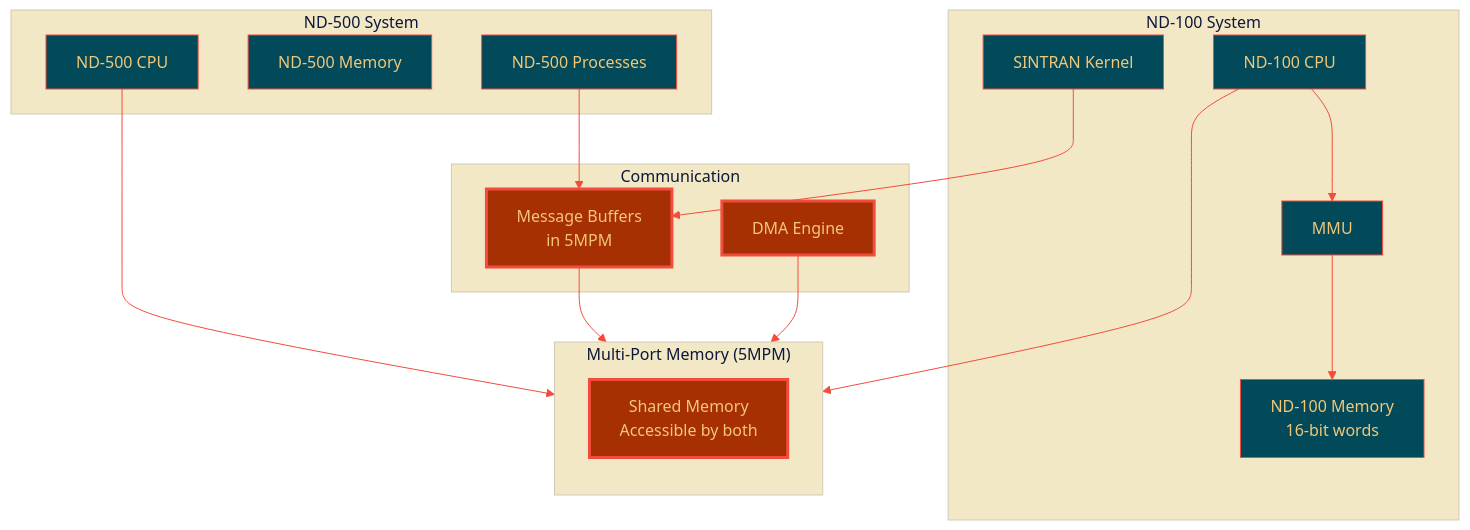
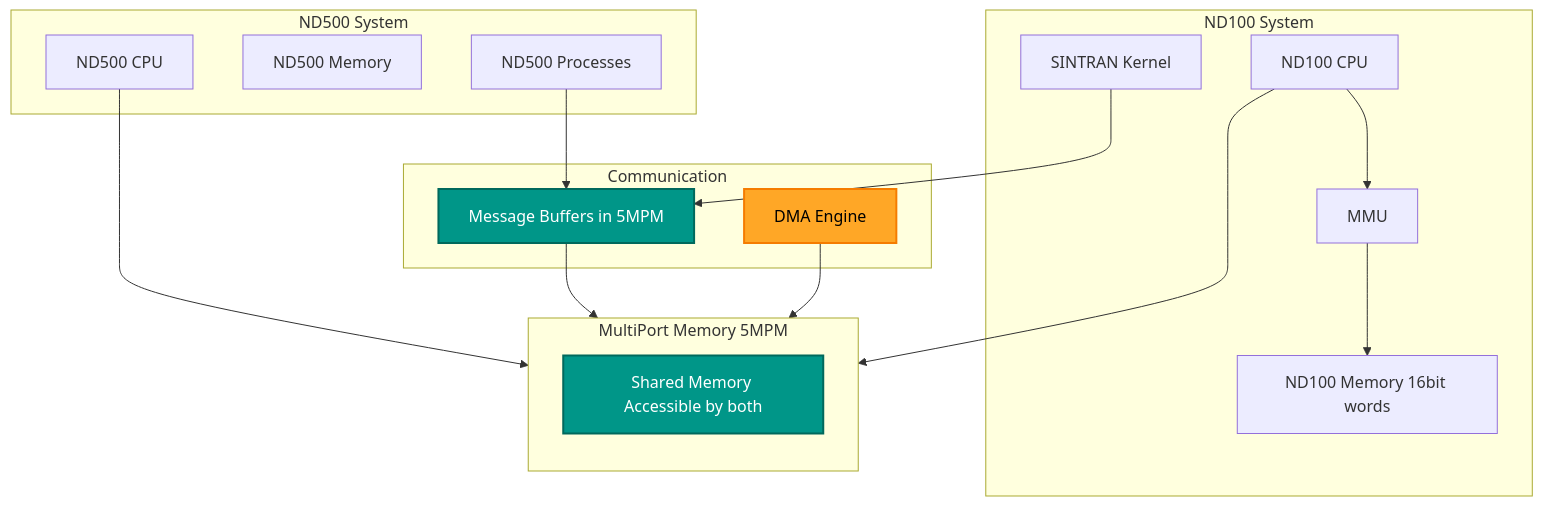
One commit to HackerCorpLabs/NDInsight changed the first of 7 diagrams in SINTRAN/OS/05-ND500-DMA-KERNEL.md. Above: the diagram before and after it, drawn with Mermaid. The commit also changed other lines of this file and 19 other files, not shown here.

Commit message:
Updated Mermaid diagrams

````diff
--- a/SINTRAN/OS/05-ND500-DMA-KERNEL.md
+++ b/SINTRAN/OS/05-ND500-DMA-KERNEL.md
@@ -36,39 +36,38 @@
 ```mermaid
-%%{init: {'theme':'base', 'themeVariables': {'primaryColor':'#024959','primaryTextColor':'#F2C777','primaryBorderColor':'#F24C3D','lineColor':'#F24C3D','secondaryColor':'#A62F03','tertiaryColor':'#F2E8C6'}}}%%
 flowchart TB
-    subgraph ND100 ["ND-100 System"]
-        CPU[ND-100 CPU]
-        MEM[ND-100 Memory<br/>16-bit words]
+    subgraph ND100 [ND100 System]
+        CPU[ND100 CPU]
+        MEM[ND100 Memory 16bit words]
         MMUDB[MMU]
         KERNEL[SINTRAN Kernel]
     end
-    
-    subgraph MPM ["Multi-Port Memory (5MPM)"]
-        SHARED[Shared Memory<br/>Accessible by both]
+
+    subgraph MPM [MultiPort Memory 5MPM]
+        SHARED[Shared Memory Accessible by both]
         direction TB
     end
-    
-    subgraph ND500 ["ND-500 System"]
-        CPU5[ND-500 CPU]
-        MEM5[ND-500 Memory]
-        PROC5[ND-500 Processes]
+
+    subgraph ND500 [ND500 System]
+        CPU5[ND500 CPU]
+        MEM5[ND500 Memory]
+        PROC5[ND500 Processes]
     end
-    
-    subgraph COMM ["Communication"]
-        MSG[Message Buffers<br/>in 5MPM]
+
+    subgraph COMM [Communication]
+        MSG[Message Buffers in 5MPM]
         DMA[DMA Engine]
     end
-    
+
     CPU --> MMUDB
     MMUDB --> MEM
     CPU --> SHARED
     CPU5 --> SHARED
     KERNEL --> MSG
     MSG --> SHARED
     PROC5 --> MSG
     DMA --> SHARED
-    
-    style SHARED fill:#A62F03,stroke:#F24C3D,stroke-width:3px,color:#F2C777
-    style MSG fill:#A62F03,stroke:#F24C3D,stroke-width:3px,color:#F2C777
-    style DMA fill:#A62F03,stroke:#F24C3D,stroke-width:3px,color:#F2C777
+
+    style SHARED fill:#009688,stroke:#00695C,stroke-width:2px,color:#fff
+    style MSG fill:#009688,stroke:#00695C,stroke-width:2px,color:#fff
+    style DMA fill:#FFA726,stroke:#F57C00,stroke-width:2px,color:#000
 ```
````
